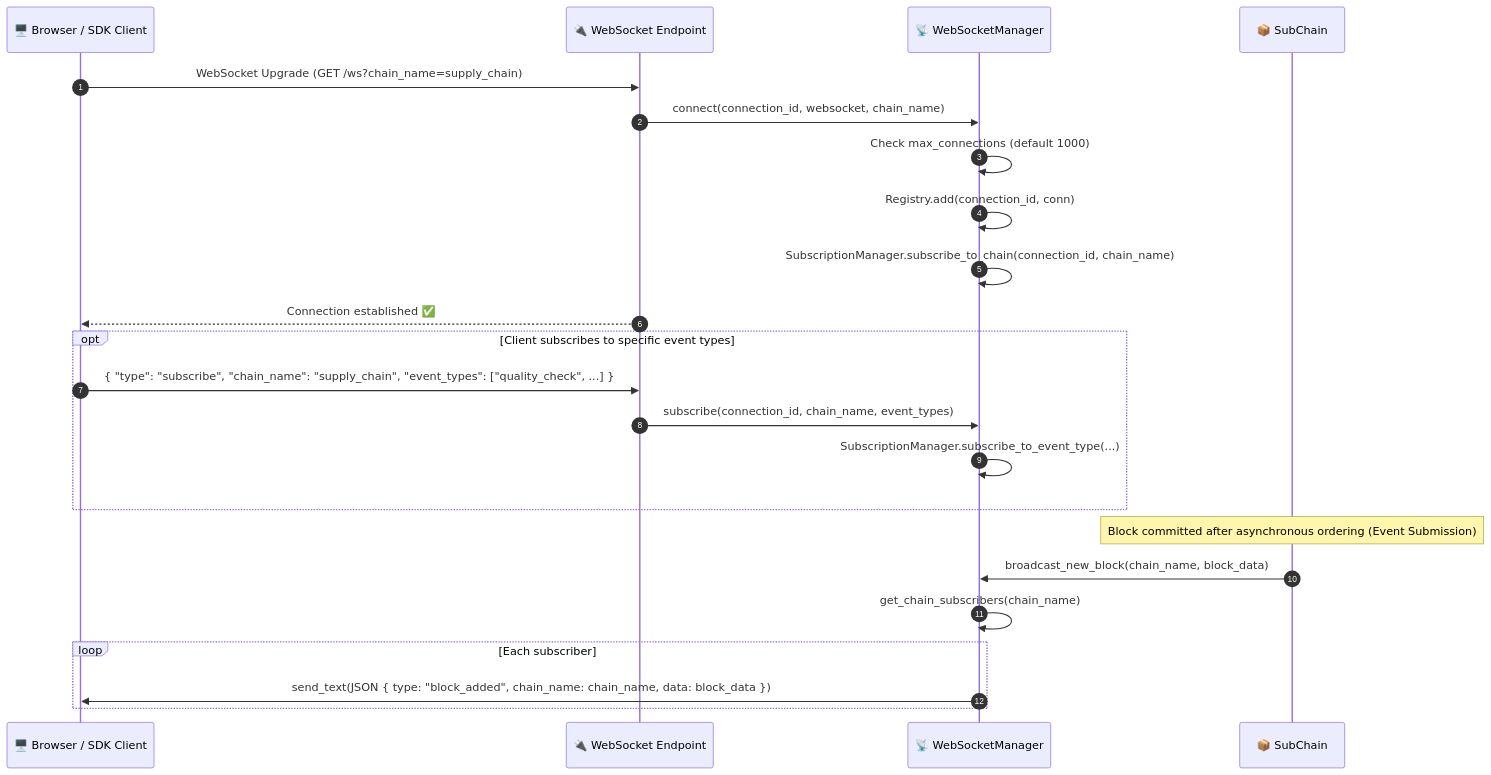
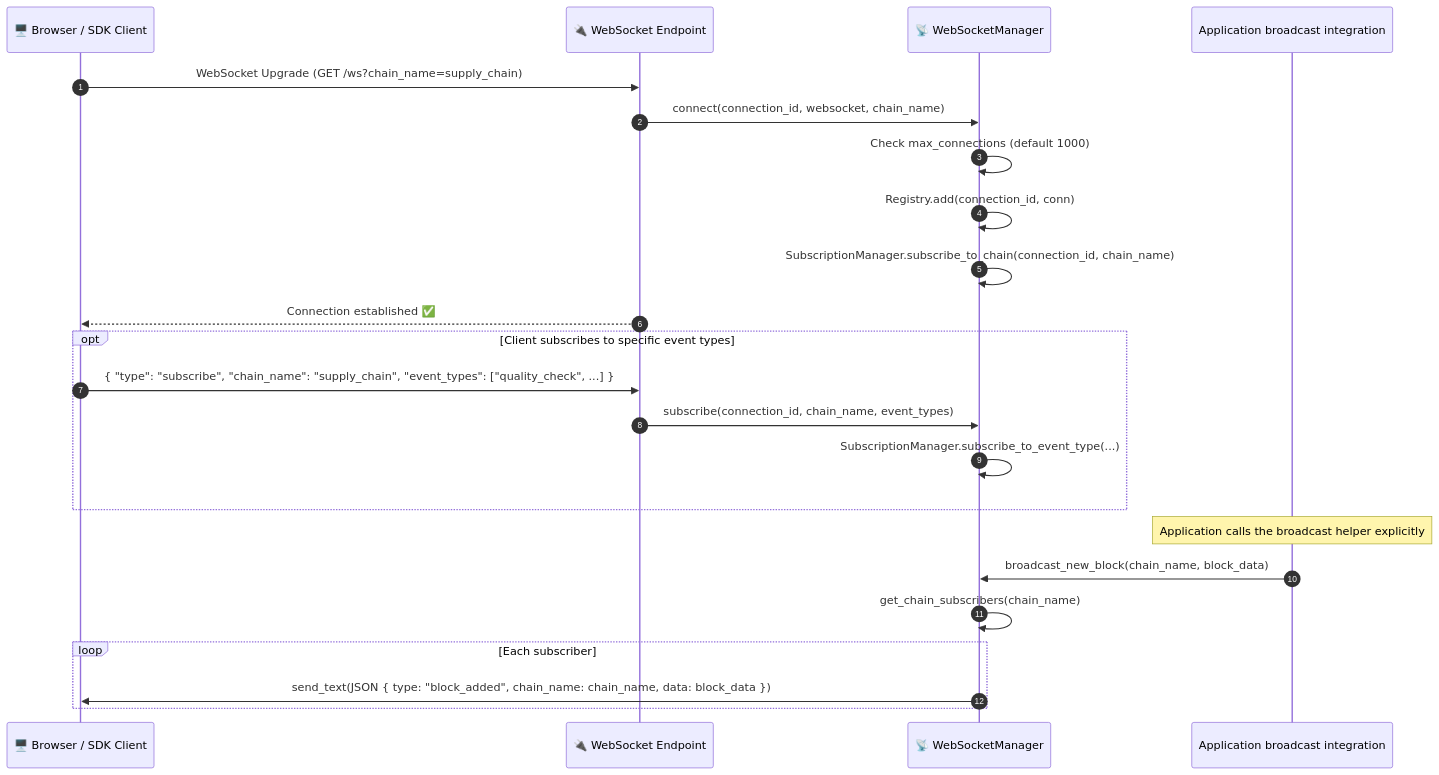
The first of 2 diagrams in docs/en/workflows/websocket-streaming.md (VanDung-dev/HieraChain), drawn with Mermaid before and after one commit. The commit also changed other lines of this file and 158 other files, not shown here.

````diff
--- a/docs/en/workflows/websocket-streaming.md
+++ b/docs/en/workflows/websocket-streaming.md
@@ -19,29 +17,29 @@
 ```mermaid
 sequenceDiagram
     autonumber
     participant Client as 🖥️ Browser / SDK Client
     participant WS as 🔌 WebSocket Endpoint
     participant WSM as 📡 WebSocketManager
-    participant SC as 📦 SubChain
+    participant SC as Application broadcast integration
 
     Client->>WS: WebSocket Upgrade (GET /ws?chain_name=supply_chain)
     WS->>WSM: connect(connection_id, websocket, chain_name)
     WSM->>WSM: Check max_connections (default 1000)
     WSM->>WSM: Registry.add(connection_id, conn)
     WSM->>WSM: SubscriptionManager.subscribe_to_chain(connection_id, chain_name)
     WS-->>Client: Connection established ✅
 
     opt Client subscribes to specific event types
         Client->>WS: { "type": "subscribe", "chain_name": "supply_chain", "event_types": ["quality_check", ...] }
         WS->>WSM: subscribe(connection_id, chain_name, event_types)
         WSM->>WSM: SubscriptionManager.subscribe_to_event_type(...)
     end
 
-    Note over SC: Block committed after asynchronous ordering (Event Submission)
+    Note over SC: Application calls the broadcast helper explicitly
 
     SC->>WSM: broadcast_new_block(chain_name, block_data)
     WSM->>WSM: get_chain_subscribers(chain_name)
     loop Each subscriber
         WSM->>Client: send_text(JSON { type: "block_added", chain_name: chain_name, data: block_data })
     end
 ```
````
